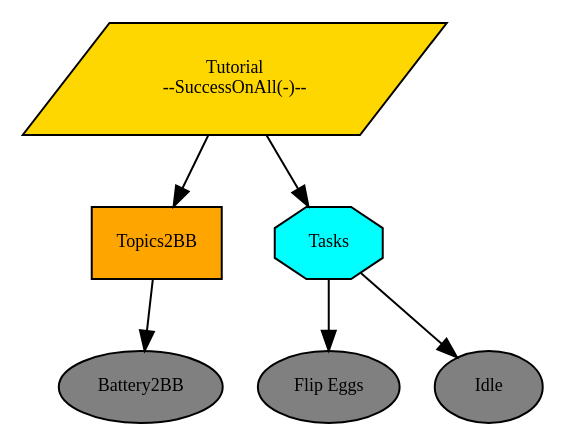
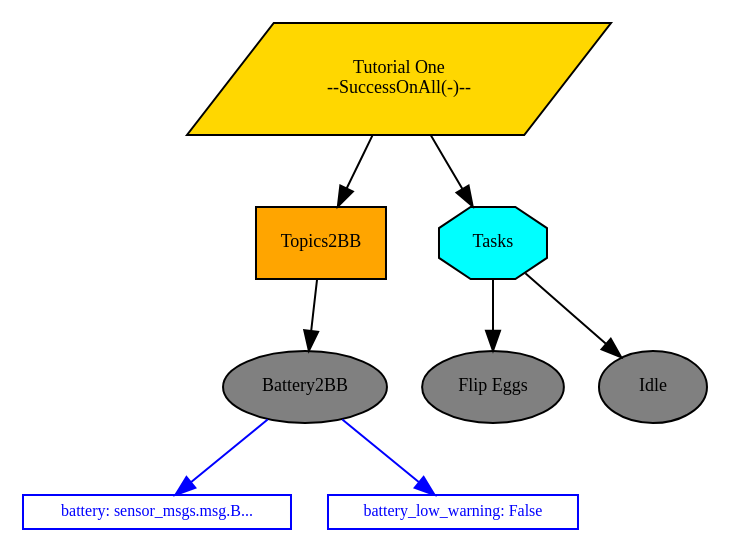
Before and after one commit to splintered-reality/py_trees_ros_tutorials: the diagram in doc/dot/tutorial-one-data-gathering.dot, drawn with Graphviz. The commit also changed 13 other files, not shown here.

```diff
--- a/doc/dot/tutorial-one-data-gathering.dot
+++ b/doc/dot/tutorial-one-data-gathering.dot
@@ -1,16 +1,34 @@
 digraph pastafarianism {
 graph [fontname="times-roman"];
 node [fontname="times-roman"];
 edge [fontname="times-roman"];
-Tutorial [label="Tutorial\n--SuccessOnAll(-)--", shape=parallelogram, style=filled, fillcolor=gold, fontsize=9, fontcolor=black];
+"Tutorial One" [label="Tutorial One\n--SuccessOnAll(-)--", shape=parallelogram, style=filled, fillcolor=gold, fontsize=9, fontcolor=black];
 Topics2BB [label=Topics2BB, shape=box, style=filled, fillcolor=orange, fontsize=9, fontcolor=black];
-Tutorial -> Topics2BB;
+"Tutorial One" -> Topics2BB;
 Battery2BB [label=Battery2BB, shape=ellipse, style=filled, fillcolor=gray, fontsize=9, fontcolor=black];
 Topics2BB -> Battery2BB;
 Tasks [label=Tasks, shape=octagon, style=filled, fillcolor=cyan, fontsize=9, fontcolor=black];
-Tutorial -> Tasks;
+"Tutorial One" -> Tasks;
 "Flip Eggs" [label="Flip Eggs", shape=ellipse, style=filled, fillcolor=gray, fontsize=9, fontcolor=black];
 Tasks -> "Flip Eggs";
 Idle [label=Idle, shape=ellipse, style=filled, fillcolor=gray, fontsize=9, fontcolor=black];
 Tasks -> Idle;
+subgraph  {
+label=children_of_Tasks;
+rank=same;
+"Flip Eggs" [label="Flip Eggs", shape=ellipse, style=filled, fillcolor=gray, fontsize=9, fontcolor=black];
+Idle [label=Idle, shape=ellipse, style=filled, fillcolor=gray, fontsize=9, fontcolor=black];
 }
+
+subgraph  {
+label="children_of_Tutorial One";
+rank=same;
+Topics2BB [label=Topics2BB, shape=box, style=filled, fillcolor=orange, fontsize=9, fontcolor=black];
+Tasks [label=Tasks, shape=octagon, style=filled, fillcolor=cyan, fontsize=9, fontcolor=black];
+}
+
+battery [label="battery: sensor_msgs.msg.B...", shape=box, style=filled, color=blue, fillcolor=white, fontsize=8, fontcolor=blue, width=0, height=0, fixedsize=False];
+Battery2BB -> battery  [color=blue, constraint=True];
+battery_low_warning [label="battery_low_warning: False", shape=box, style=filled, color=blue, fillcolor=white, fontsize=8, fontcolor=blue, width=0, height=0, fixedsize=False];
+Battery2BB -> battery_low_warning  [color=blue, constraint=True];
+}
```
